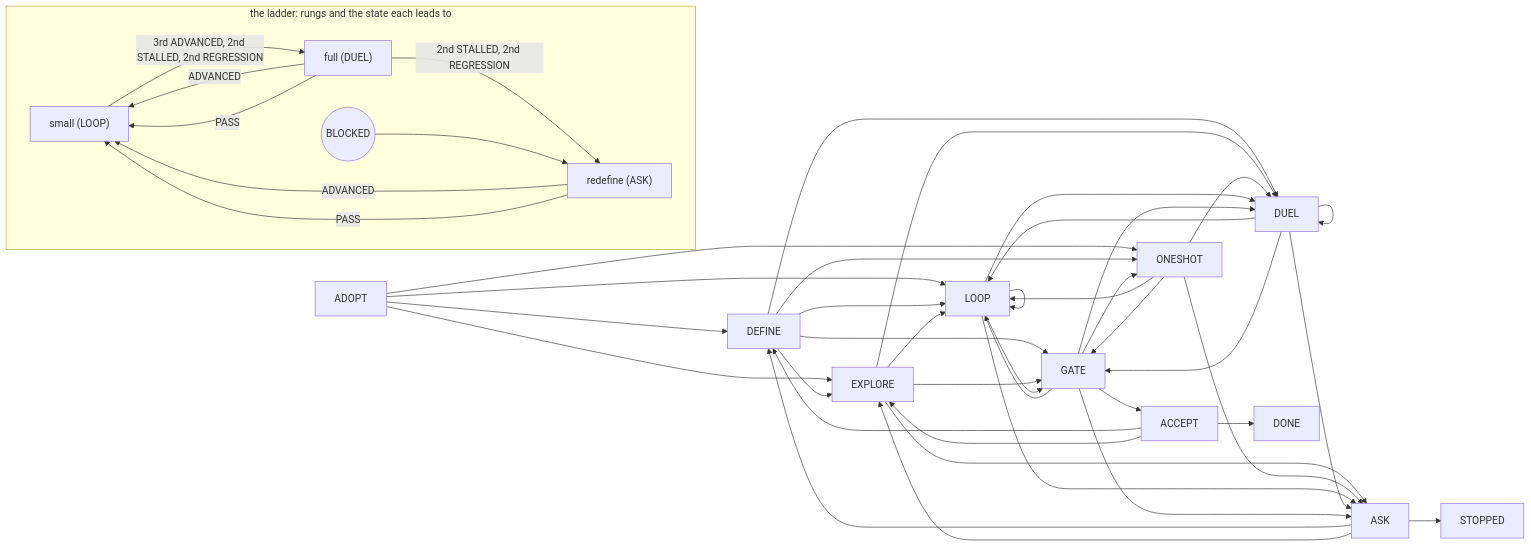
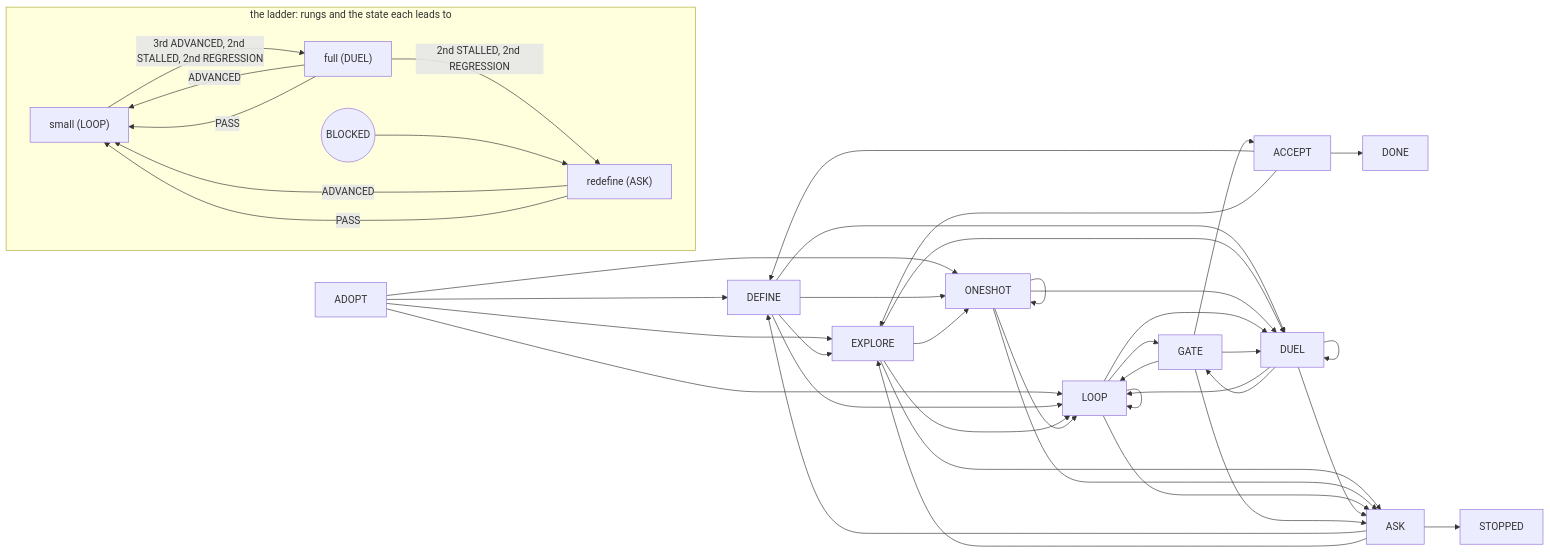
The diagram in README.md (Lycvrgvs/cLoop), drawn with Mermaid before and after one commit. The commit also changed other lines of this file and 35 other files, not shown here.

Commit message:
cLoop 1.2.2 (main): one climb (one-shot, next-shot, release gate); a prevent (step back + one-block) before every step; the council on every criterion; a re-define that asks the user twice; a git store that keeps the checkout's HEAD and cannot push; 1.2.0 tasks migrate on load

````diff
--- a/README.md
+++ b/README.md
@@ -24,52 +25,50 @@
 ```mermaid
 flowchart LR
   ADOPT --> DEFINE
   ADOPT --> EXPLORE
   ADOPT --> ONESHOT
   ADOPT --> LOOP
   DEFINE --> EXPLORE
   DEFINE --> ONESHOT
   DEFINE --> LOOP
   DEFINE --> DUEL
-  DEFINE --> GATE
   EXPLORE --> LOOP
-  EXPLORE --> GATE
+  EXPLORE --> ONESHOT
   EXPLORE --> DUEL
   EXPLORE --> ASK
   ONESHOT --> LOOP
-  ONESHOT --> GATE
+  ONESHOT --> ONESHOT
   ONESHOT --> DUEL
   ONESHOT --> ASK
   LOOP --> LOOP
   LOOP --> GATE
   LOOP --> DUEL
   LOOP --> ASK
   DUEL --> LOOP
   DUEL --> GATE
   DUEL --> DUEL
   DUEL --> ASK
-  GATE --> ONESHOT
   GATE --> LOOP
   GATE --> DUEL
   GATE --> ACCEPT
   GATE --> ASK
   ASK --> DEFINE
   ASK --> EXPLORE
   ASK --> STOPPED
   ACCEPT --> DONE
   ACCEPT --> DEFINE
   ACCEPT --> EXPLORE
   subgraph ladder [the ladder: rungs and the state each leads to]
     direction LR
     small["small (LOOP)"]
     full["full (DUEL)"]
     redefine["redefine (ASK)"]
     small -->|3rd ADVANCED, 2nd STALLED, 2nd REGRESSION| full
     full -->|ADVANCED| small
     full -->|2nd STALLED, 2nd REGRESSION| redefine
     redefine -->|ADVANCED| small
     full -->|PASS| small
     redefine -->|PASS| small
     blocked((BLOCKED)) --> redefine
   end
 ```
````
